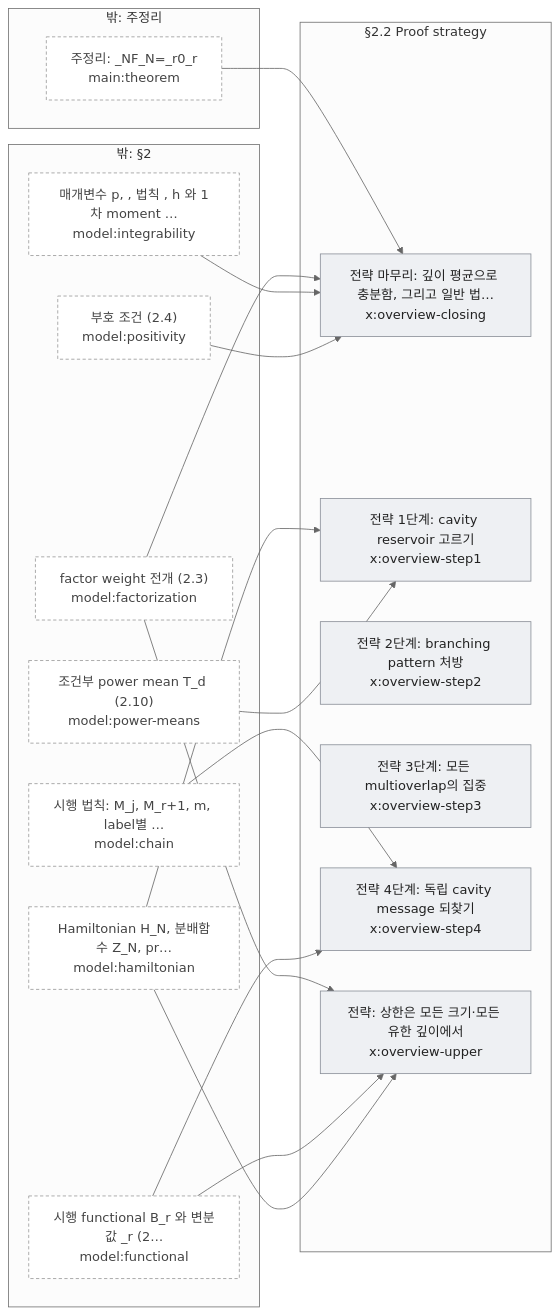
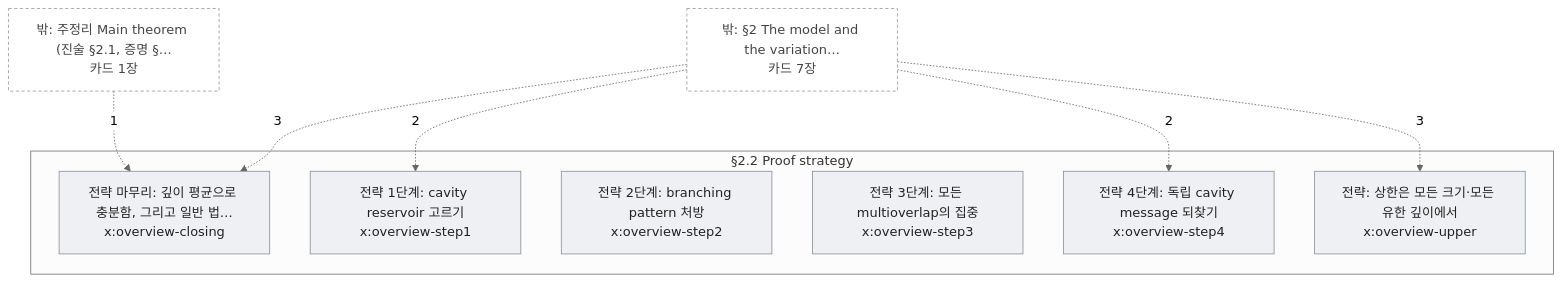
One commit to EuijinJeon/math2phys-site changed the diagram in redesign/build/artifact/maps/sec-overview.mmd. Above: the diagram before and after it, drawn with Mermaid (neutral theme). The commit also changed 40 other files, not shown here.

```diff
--- a/redesign/build/artifact/maps/sec-overview.mmd
+++ b/redesign/build/artifact/maps/sec-overview.mmd
@@ -1,51 +1,29 @@
-flowchart LR
+flowchart TB
   subgraph IN["§2.2 Proof strategy"]
     a0["전략 마무리: 깊이 평균으로 충분함, 그리고 일반 법…<br/>x:overview-closing"]
     a1["전략 1단계: cavity reservoir 고르기<br/>x:overview-step1"]
     a2["전략 2단계: branching pattern 처방<br/>x:overview-step2"]
     a3["전략 3단계: 모든 multioverlap의 집중<br/>x:overview-step3"]
     a4["전략 4단계: 독립 cavity message 되찾기<br/>x:overview-step4"]
     a5["전략: 상한은 모든 크기·모든 유한 깊이에서<br/>x:overview-upper"]
   end
-  subgraph X0["밖: 주정리"]
-    e0["주정리: _NF_N=_r0_r<br/>main:theorem"]
-  end
-  subgraph X1["밖: §2"]
-    e1["시행 법칙: M_j, M_r+1, m, label별 …<br/>model:chain"]
-    e2["factor weight 전개 (2.3)<br/>model:factorization"]
-    e3["시행 functional B_r 와 변분값 _r (2…<br/>model:functional"]
-    e4["Hamiltonian H_N, 분배함수 Z_N, pr…<br/>model:hamiltonian"]
-    e5["매개변수 p, , 법칙 , h 와 1차 moment …<br/>model:integrability"]
-    e6["부호 조건 (2.4)<br/>model:positivity"]
-    e7["조건부 power mean T_d (2.10)<br/>model:power-means"]
-  end
-  e0 --> a0
-  e1 --> a4
-  e2 --> a0
-  e2 --> a5
-  e3 --> a4
-  e3 --> a5
-  e4 --> a1
-  e4 --> a5
-  e5 --> a0
-  e6 --> a0
-  e7 --> a1
+  X0["밖: §2 The model and the variation…<br/>카드 7장"]
+  X1["밖: 주정리 Main theorem (진술 §2.1, 증명 §…<br/>카드 1장"]
+  X0 -.->|3| a0
+  X1 -.->|1| a0
+  X0 -.->|2| a1
+  X0 -.->|2| a4
+  X0 -.->|3| a5
   classDef thm fill:#d6e6ff,stroke:#1f5fbf,color:#111;
   classDef oth fill:#eef0f3,stroke:#8a8f98,color:#222;
   classDef ext fill:#fff,stroke:#999,stroke-dasharray:4 3,color:#444;
   class a0,a1,a2,a3,a4,a5 oth;
-  class e0,e1,e2,e3,e4,e5,e6,e7 ext;
+  class X0,X1 ext;
   click a0 "cards/x.overview-closing.html"
   click a1 "cards/x.overview-step1.html"
   click a2 "cards/x.overview-step2.html"
   click a3 "cards/x.overview-step3.html"
   click a4 "cards/x.overview-step4.html"
   click a5 "cards/x.overview-upper.html"
-  click e0 "cards/main.theorem.html"
-  click e1 "cards/model.chain.html"
-  click e2 "cards/model.factorization.html"
-  click e3 "cards/model.functional.html"
-  click e4 "cards/model.hamiltonian.html"
-  click e5 "cards/model.integrability.html"
-  click e6 "cards/model.positivity.html"
-  click e7 "cards/model.power-means.html"
+  click X0 "map-model.html"
+  click X1 "map-main.html"
```
